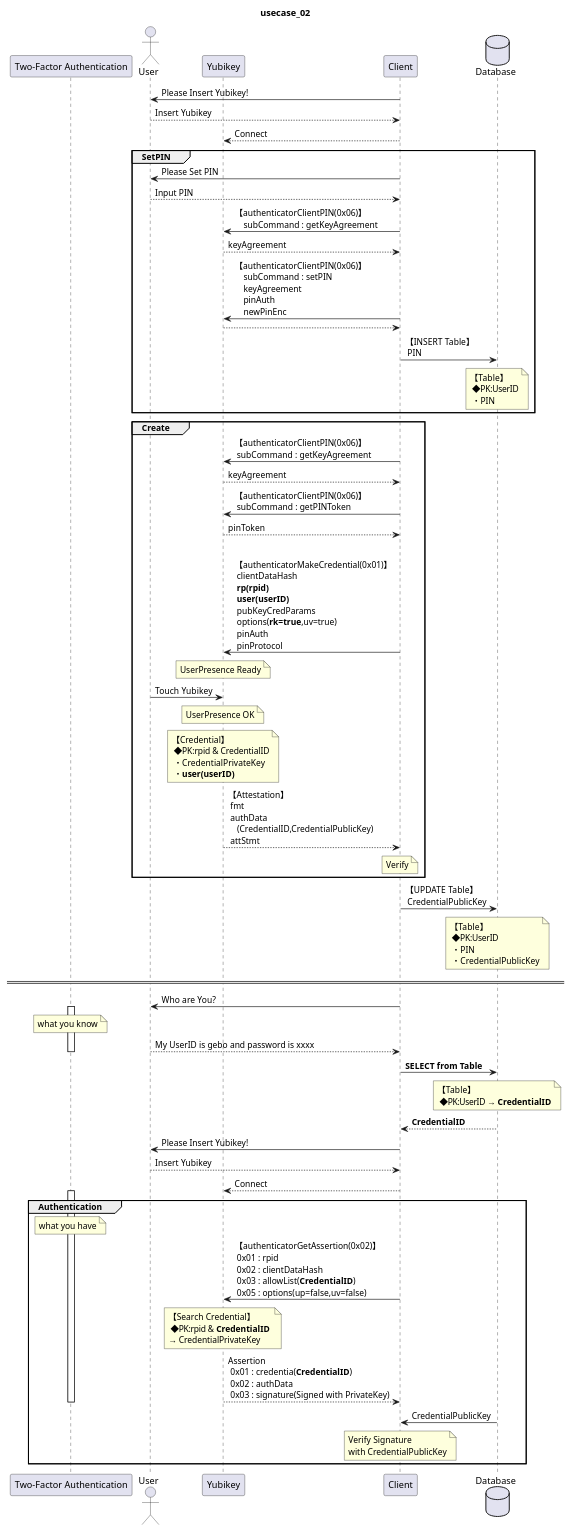
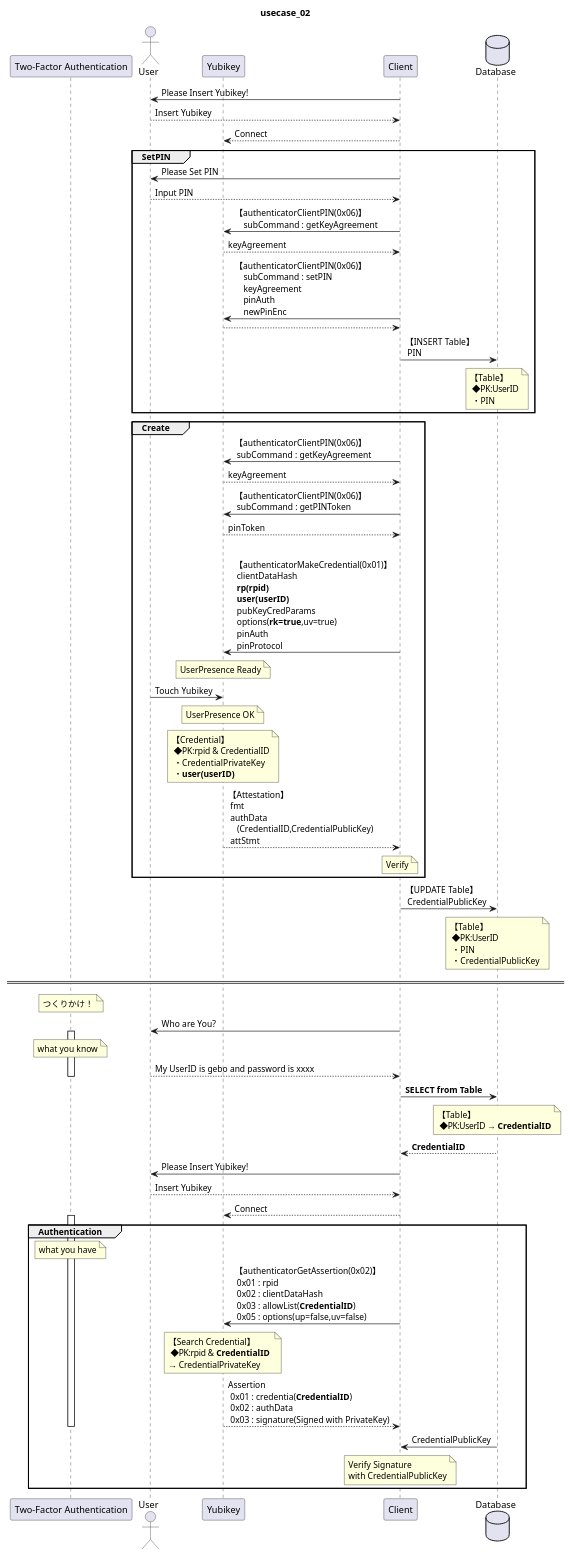
Before and after one commit to gebogebogebo/libfido2: the diagram in pu/05_usecase02.pu, drawn with PlantUML. The commit also changed 1 other file, not shown here.

```diff
--- a/pu/05_usecase02.pu
+++ b/pu/05_usecase02.pu
@@ -1,88 +1,86 @@
 @startuml
 title usecase_02 
 'hide footbox
 
 participant "Two-Factor Authentication" as Auth
 actor "User" as User
 participant "Yubikey" as Yubikey
 participant "Client" as Client
 database "Database" as Database
 
 User <- Client : Please Insert Yubikey!
 User --> Client : Insert Yubikey
 Yubikey <-- Client : Connect
 
 group SetPIN
     User <- Client : Please Set PIN
     User --> Client : Input PIN
 
     Client -> Yubikey:【authenticatorClientPIN(0x06)】\n    subCommand : getKeyAgreement
     Client <-- Yubikey:keyAgreement
 
     Client -> Yubikey:【authenticatorClientPIN(0x06)】\n    subCommand : setPIN\n    keyAgreement \n    pinAuth\n    newPinEnc
     Client <-- Yubikey: 
 
     Client -> Database :【INSERT Table】\n PIN
     note over Database:【Table】\n ◆PK:UserID\n ・PIN
 end
 
 group Create
+    Client -> Yubikey:【authenticatorClientPIN(0x06)】\n subCommand : getKeyAgreement
+    Client <-- Yubikey:keyAgreement
 
-Client -> Yubikey:【authenticatorClientPIN(0x06)】\n subCommand : getKeyAgreement
-Client <-- Yubikey:keyAgreement
+    Client -> Yubikey:【authenticatorClientPIN(0x06)】\n subCommand : getPINToken
+    Client <-- Yubikey:pinToken
+    |||
+    Client -> Yubikey: 【authenticatorMakeCredential(0x01)】\n clientDataHash\n **rp(rpid)**\n **user(userID)**\n pubKeyCredParams\n options(**rk=true**,uv=true)\n pinAuth\n pinProtocol
 
-Client -> Yubikey:【authenticatorClientPIN(0x06)】\n subCommand : getPINToken
-Client <-- Yubikey:pinToken
+    note over Yubikey:UserPresence Ready
+    User -> Yubikey :Touch Yubikey
 
-|||
+    note over Yubikey:UserPresence OK
 
-Client -> Yubikey: 【authenticatorMakeCredential(0x01)】\n clientDataHash\n **rp(rpid)**\n **user(userID)**\n pubKeyCredParams\n options(**rk=true**,uv=true)\n pinAuth\n pinProtocol
+    note over Yubikey:【Credential】\n ◆PK:rpid & CredentialID\n ・CredentialPrivateKey\n ・**user(userID)**
 
-note over Yubikey:UserPresence Ready
-User -> Yubikey :Touch Yubikey
-
-note over Yubikey:UserPresence OK
-
-note over Yubikey:【Credential】\n ◆PK:rpid & CredentialID\n ・CredentialPrivateKey\n ・**user(userID)**
-
-Client <-- Yubikey: 【Attestation】\n fmt\n authData\n    (CredentialID,CredentialPublicKey)\n attStmt
-note over Client:Verify
-
+    Client <-- Yubikey: 【Attestation】\n fmt\n authData\n    (CredentialID,CredentialPublicKey)\n attStmt
+    note over Client:Verify
 end 
 
 Client -> Database :【UPDATE Table】\n CredentialPublicKey
 note over Database:【Table】\n ◆PK:UserID\n ・PIN\n ・CredentialPublicKey
 
 ==  ==
+
+note over Auth:つくりかけ！
 
 User <- Client : Who are You?
 activate Auth
 note over Auth:what you know
 User --> Client : My UserID is gebo and password is xxxx
 deactivate Auth
 Client -> Database : **SELECT from Table**
 note over Database:【Table】\n ◆PK:UserID → **CredentialID**
 Client <-- Database : **CredentialID**
 
 User <- Client : Please Insert Yubikey!
 User --> Client : Insert Yubikey
 Yubikey <-- Client : Connect
 
 group Authentication
 
 activate Auth
 note over Auth:what you have
 Client -> Yubikey : 【authenticatorGetAssertion(0x02)】\n 0x01 : rpid\n 0x02 : clientDataHash\n 0x03 : allowList(**CredentialID**)\n 0x05 : options(up=false,uv=false)
 
 note over Yubikey:【Search Credential】\n ◆PK:rpid & **CredentialID** \n→ CredentialPrivateKey
 
 Client <-- Yubikey: Assertion\n 0x01 : credentia(**CredentialID**)\n 0x02 : authData\n 0x03 : signature(Signed with PrivateKey)
 deactivate Auth
 
 Client <- Database : CredentialPublicKey
 
 note over Client:Verify Signature \nwith CredentialPublicKey
 
 end
 
 @enduml
```
